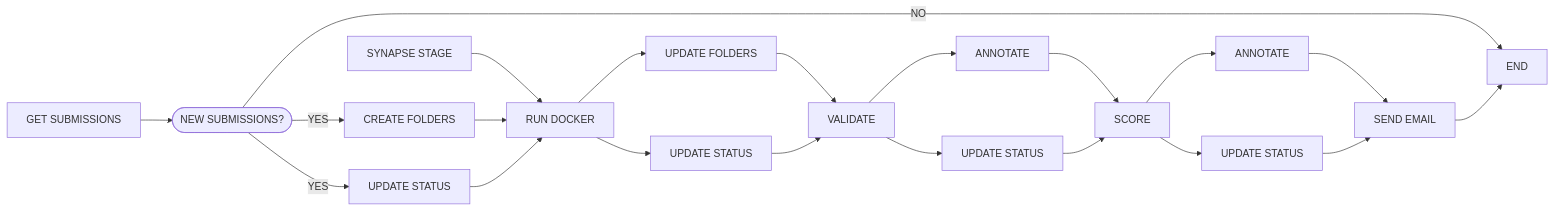
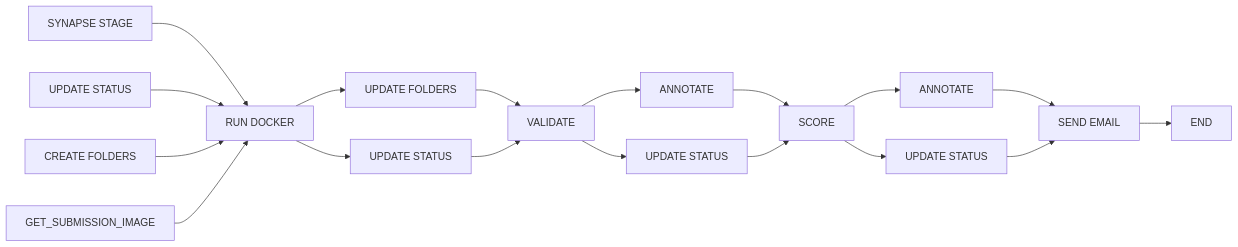
The first of 2 diagrams in README.md (vpchung/nf-synapse-challenge), drawn with Mermaid before and after one commit. The commit also changed other lines of this file and 20 other files, not shown here.

````diff
--- a/README.md
+++ b/README.md
@@ -56,23 +84,20 @@
 ```mermaid
 flowchart LR;
-    A[SYNAPSE STAGE]-->F;
-    B[GET SUBMISSIONS]-->C([NEW SUBMISSIONS?]);
-    C-->|YES|D[CREATE FOLDERS];
-		C-->|YES|E[UPDATE STATUS];
-    C-->|NO|END;
-    D-->F[RUN DOCKER];
-    E-->F[RUN DOCKER];
-		F-->G[UPDATE FOLDERS];
-		F-->H[UPDATE STATUS];
-		G-->I[VALIDATE];
-		H-->I[VALIDATE];
-		I-->J[ANNOTATE];
-		I-->K[UPDATE STATUS];
-		J-->L[SCORE];
-		K-->L[SCORE];
-		L-->M[ANNOTATE];
-		L-->N[UPDATE STATUS];
-		M-->O[SEND EMAIL];
-		N-->O[SEND EMAIL];
-		O-->END;
+    A[SYNAPSE STAGE]-->E[RUN DOCKER];
+    B[UPDATE STATUS]-->E;
+    C[CREATE FOLDERS]-->E;
+    D[GET_SUBMISSION_IMAGE]-->E;
+    E-->F[UPDATE FOLDERS];
+    E-->G[UPDATE STATUS];
+    F-->H[VALIDATE];
+    G-->H[VALIDATE];
+    H-->I[ANNOTATE];
+    H-->J[UPDATE STATUS];
+    I-->K[SCORE];
+    J-->K;
+    K-->L[ANNOTATE];
+    K-->M[UPDATE STATUS];
+    L-->N;
+    M-->N[SEND EMAIL];
+    N-->O[END];
 ```
````
